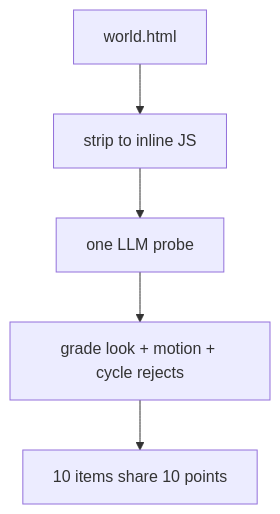
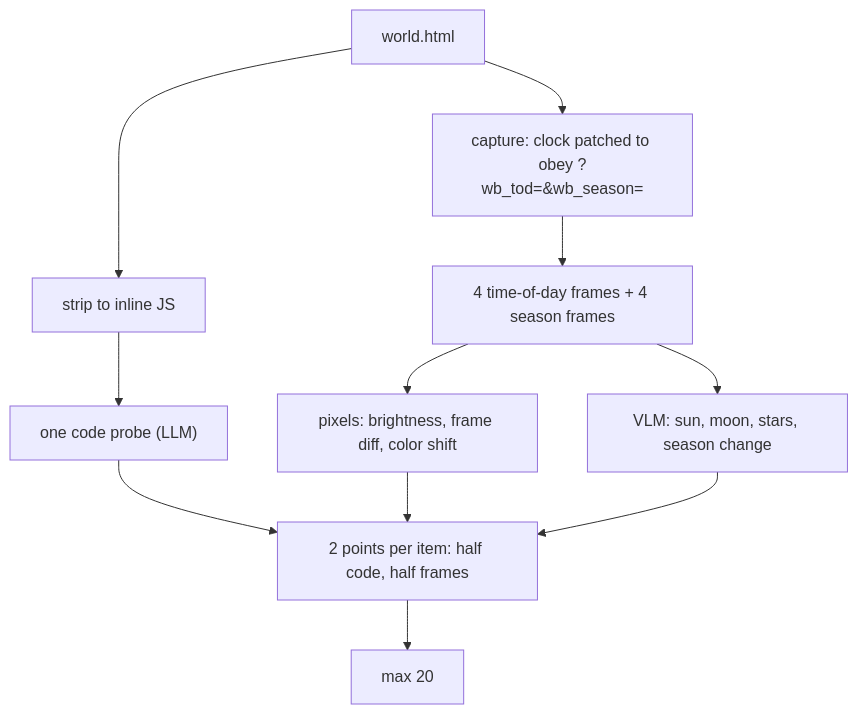
The diagram in tests/WC005_day_night_seasons/README.md (KrishBakshi/worldbench), drawn with Mermaid before and after one commit. The commit also changed other lines of this file and 29 other files, not shown here.

First line of the commit message:
WC005 on pinned-clock frames, fixed 280-pt ladder, capture in validate, rate-limit safety.

````diff
--- a/tests/WC005_day_night_seasons/README.md
+++ b/tests/WC005_day_night_seasons/README.md
@@ -11,8 +11,14 @@
 ```mermaid
 flowchart TD
     html["world.html"]
     html --> strip["strip to inline JS"]
-    strip --> probe["one LLM probe"]
-    probe --> grade["grade look + motion + cycle rejects"]
-    grade --> score["10 items share 10 points"]
+    strip --> probe["one code probe (LLM)"]
+    html --> prev["capture: clock patched to obey ?wb_tod=&wb_season="]
+    prev --> frames["4 time-of-day frames + 4 season frames"]
+    frames --> px["pixels: brightness, frame diff, color shift"]
+    frames --> vlm["VLM: sun, moon, stars, season change"]
+    probe --> grade["2 points per item: half code, half frames"]
+    px --> grade
+    vlm --> grade
+    grade --> score["max 20"]
 ```
````
